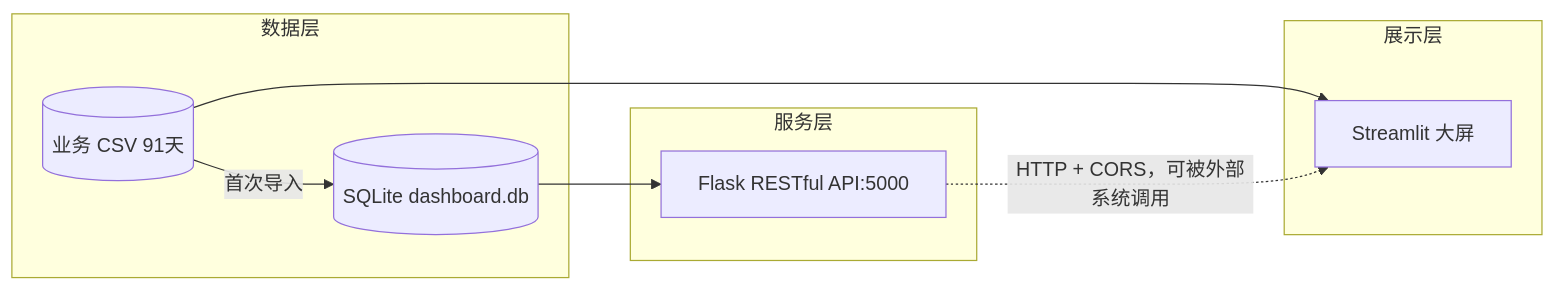
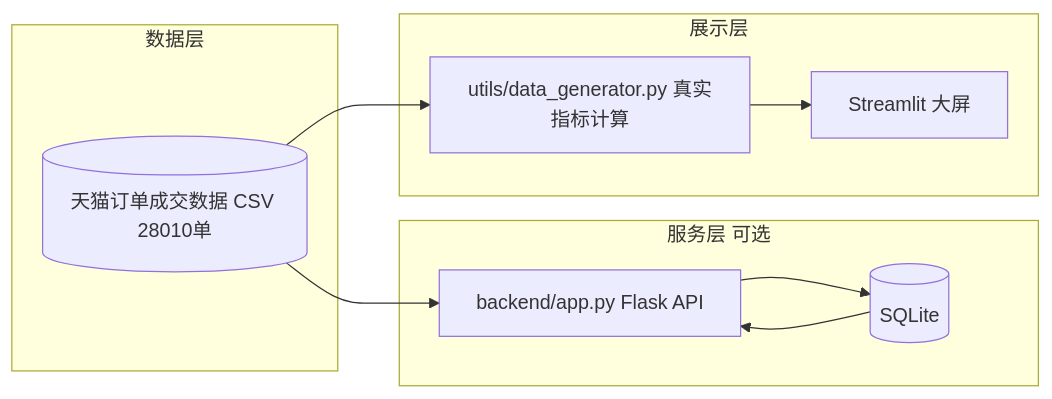
Before and after one commit to hjl-beautiful/real-time-dashboard: the diagram in README.md, drawn with Mermaid. The commit also changed other lines of this file and 14 other files, not shown here.

````diff
--- a/README.md
+++ b/README.md
@@ -26,18 +29,17 @@
 ```mermaid
 flowchart LR
     subgraph Data[数据层]
-        CSV[(业务 CSV 91天)]
-        DB[(SQLite dashboard.db)]
+        CSV[(天猫订单成交数据 CSV 28010单)]
     end
-    subgraph Service[服务层]
-        API[Flask RESTful API:5000]
+    subgraph Service[服务层 可选]
+        BE[backend/app.py Flask API]
+        DB[(SQLite)]
     end
     subgraph View[展示层]
         FE[Streamlit 大屏]
+        DG[utils/data_generator.py 真实指标计算]
     end
 
-    CSV -->|首次导入| DB
-    DB --> API
-    CSV --> FE
-    API -.->|HTTP + CORS，可被外部系统调用| FE
+    CSV --> DG --> FE
+    CSV --> BE --> DB --> BE
 ```
````
